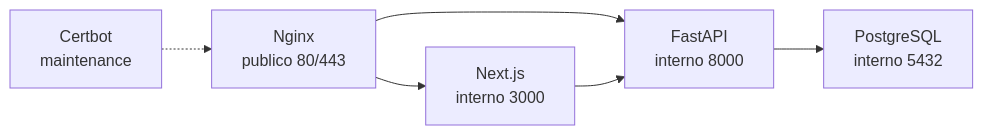
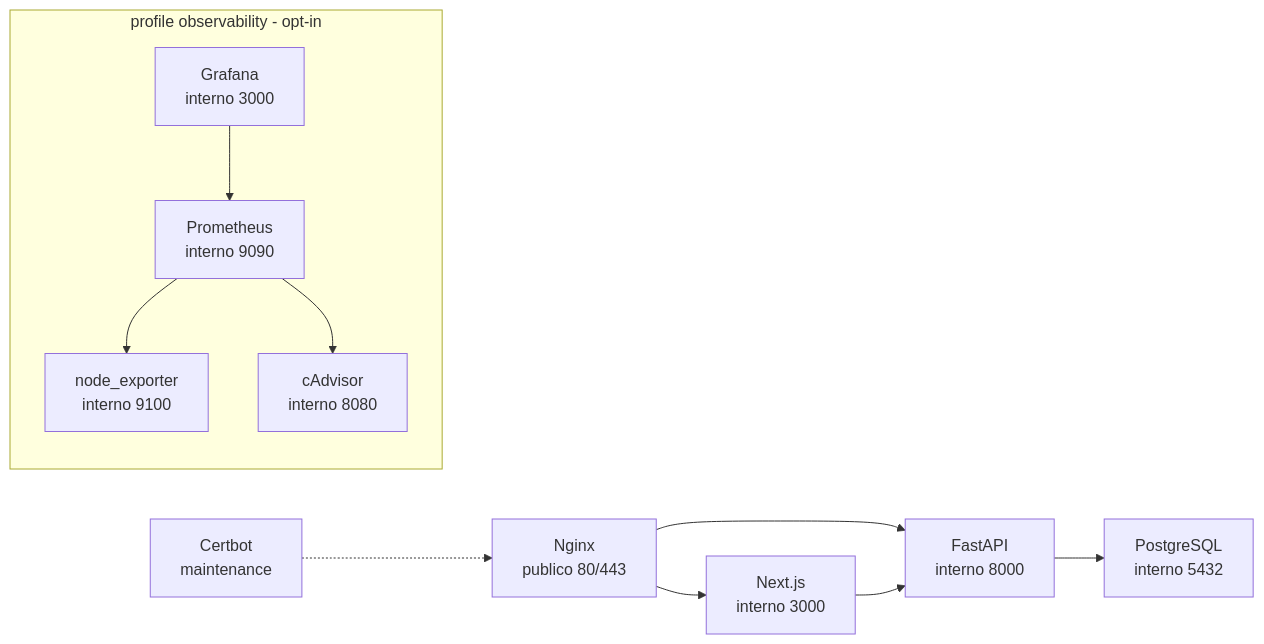
Before and after one commit to DanielAzeved0/it-center-security-cloud: the diagram in docs/architecture/CONTAINERS.md, drawn with Mermaid. The commit also changed other lines of this file and 15 other files, not shown here.

````diff
--- a/docs/architecture/CONTAINERS.md
+++ b/docs/architecture/CONTAINERS.md
@@ -17,8 +21,14 @@
 ```mermaid
 flowchart LR
     nginx[Nginx<br/>publico 80/443] --> frontend[Next.js<br/>interno 3000]
     nginx --> backend[FastAPI<br/>interno 8000]
     frontend --> backend
     backend --> postgres[PostgreSQL<br/>interno 5432]
     certbot[Certbot<br/>maintenance] -.-> nginx
+
+    subgraph observability [profile observability - opt-in]
+        prometheus[Prometheus<br/>interno 9090] --> node_exporter[node_exporter<br/>interno 9100]
+        prometheus --> cadvisor[cAdvisor<br/>interno 8080]
+        grafana[Grafana<br/>interno 3000] --> prometheus
+    end
 ```
````
